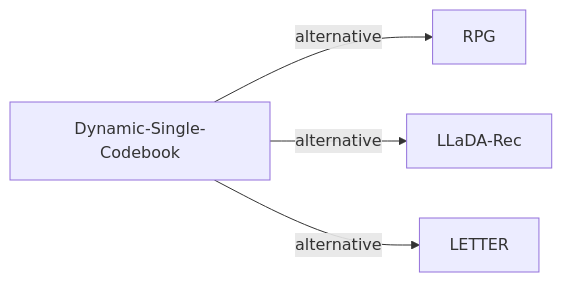
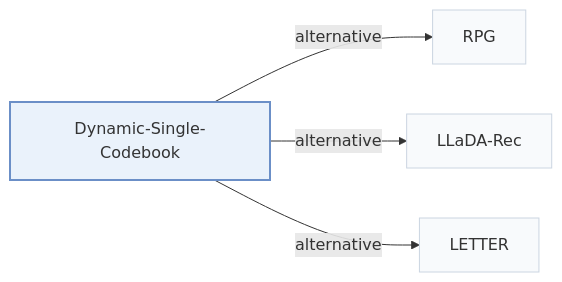
One commit to Galaxy-ghost/Awesome-SID-Generative-Rec changed the second of 2 diagrams in pages/papers/dynamic-single-codebook.md. Above: the diagram before and after it, drawn with Mermaid. The commit also changed other lines of this file and 649 other files, not shown here.

Commit message:
writer-05: also tags and modality index (schema, check, build, visuals); summary field removed; calibration data for 12 papers

````diff
--- a/pages/papers/dynamic-single-codebook.md
+++ b/pages/papers/dynamic-single-codebook.md
@@ -68,7 +73,11 @@
 ```mermaid
 flowchart LR
     P["Dynamic-Single-Codebook"]
-    P -->|alternative| A["RPG"]
-    P -->|alternative| B["LLaDA-Rec"]
-    P -->|alternative| C["LETTER"]
+    P -->|"alternative"| A["RPG"]
+    P -->|"alternative"| B["LLaDA-Rec"]
+    P -->|"alternative"| C["LETTER"]
+    classDef main fill:#eaf2fb,stroke:#6b8fc7,stroke-width:2px
+    classDef peer fill:#f8fafc,stroke:#cbd5e1
+    class P main
+    class A,B,C peer
 ```
````
